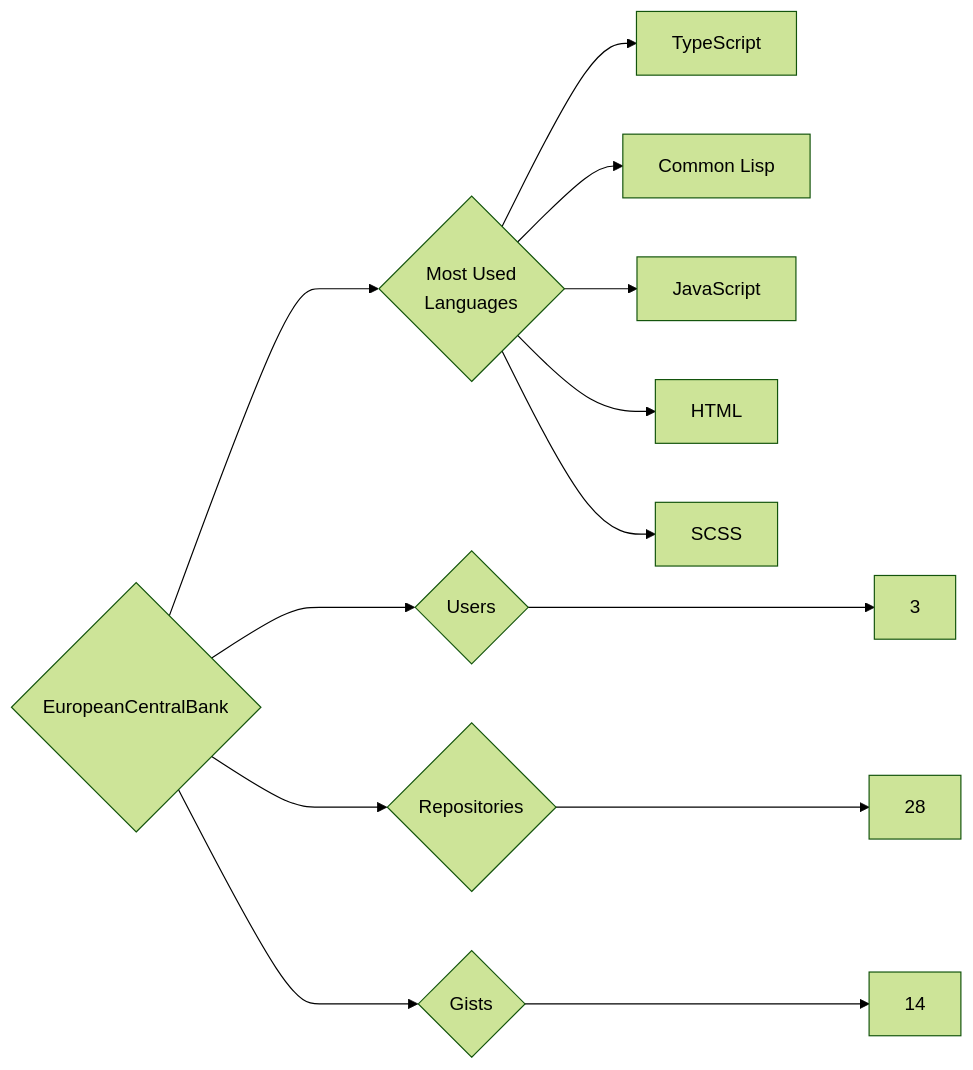
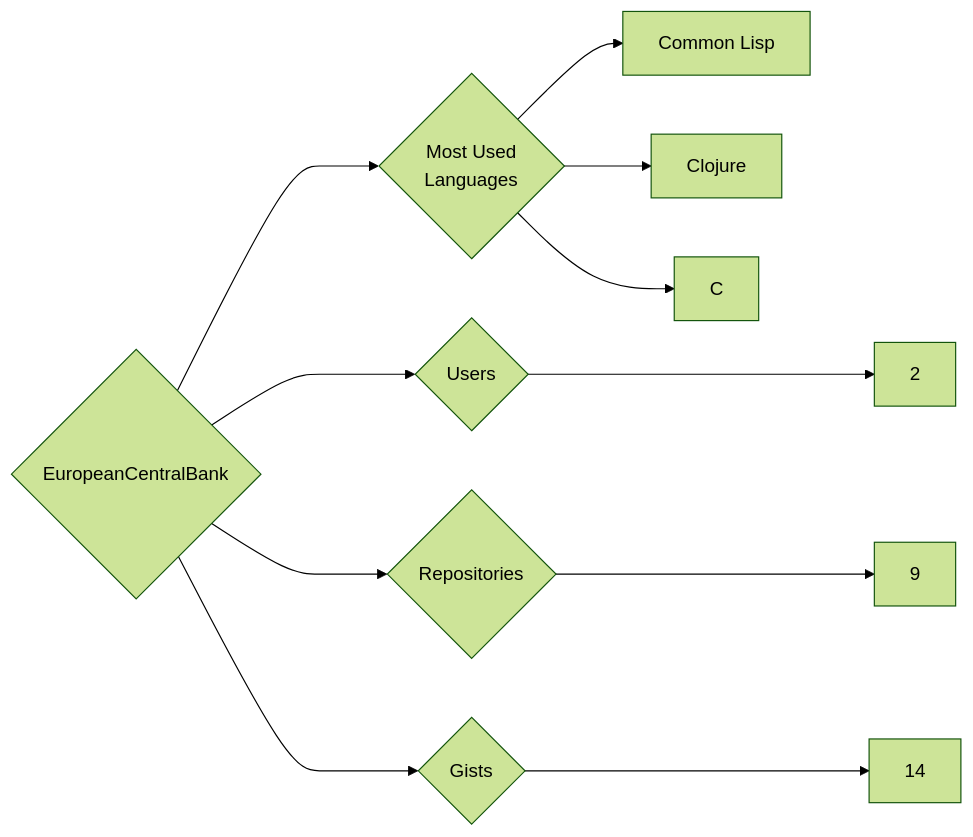
Before and after one commit to trickest/insiders: the diagram in targets/EuropeanCentralBank/README.md, drawn with Mermaid (forest theme). The commit also changed 865 other files, not shown here.

````diff
--- a/targets/EuropeanCentralBank/README.md
+++ b/targets/EuropeanCentralBank/README.md
@@ -3,13 +3,11 @@
 ```mermaid
 graph LR
 COMPANY_NAME{EuropeanCentralBank}
-COMPANY_NAME ---> U{Users} ---> UN[3]
-COMPANY_NAME ---> R{Repositories} ---> RN[28]
+COMPANY_NAME ---> U{Users} ---> UN[2]
+COMPANY_NAME ---> R{Repositories} ---> RN[9]
 COMPANY_NAME ---> G{Gists} ---> GN[14]
 COMPANY_NAME ---> ML{Most Used<br>Languages}
-ML --> TypeScript[TypeScript]
 ML --> Common_Lisp[Common Lisp]
-ML --> JavaScript[JavaScript]
-ML --> HTML[HTML]
-ML --> SCSS[SCSS]
+ML --> Clojure[Clojure]
+ML --> C[C]
 ```
````
